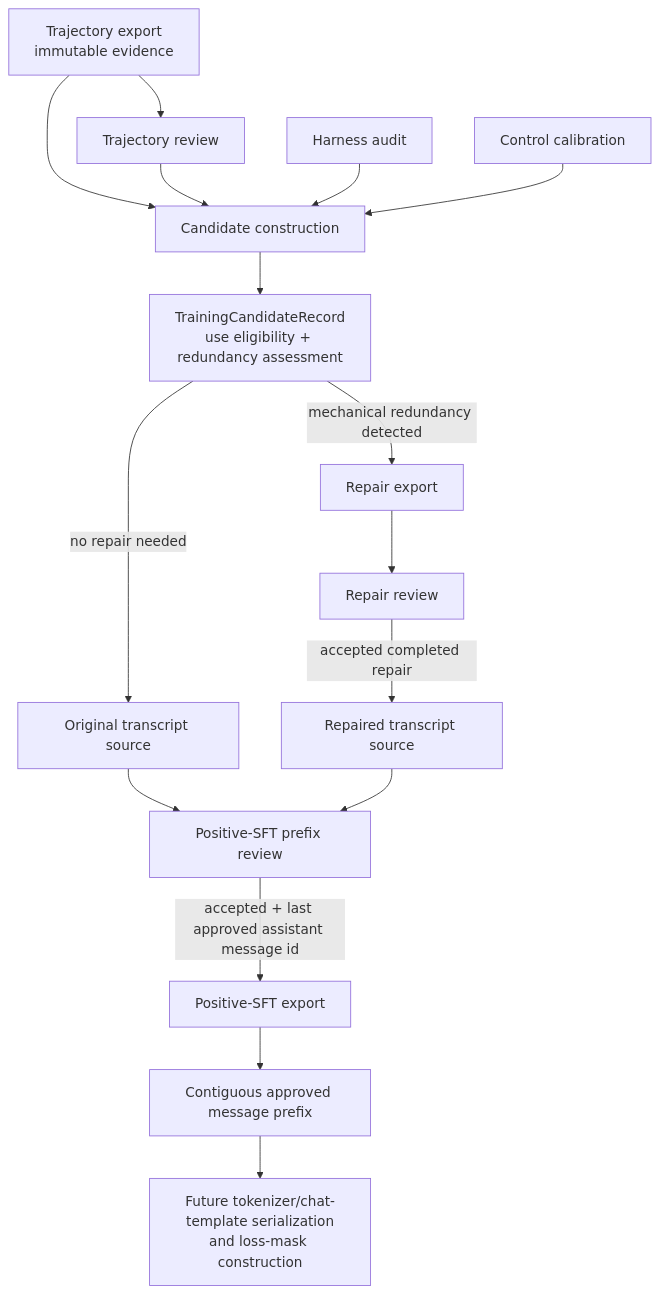
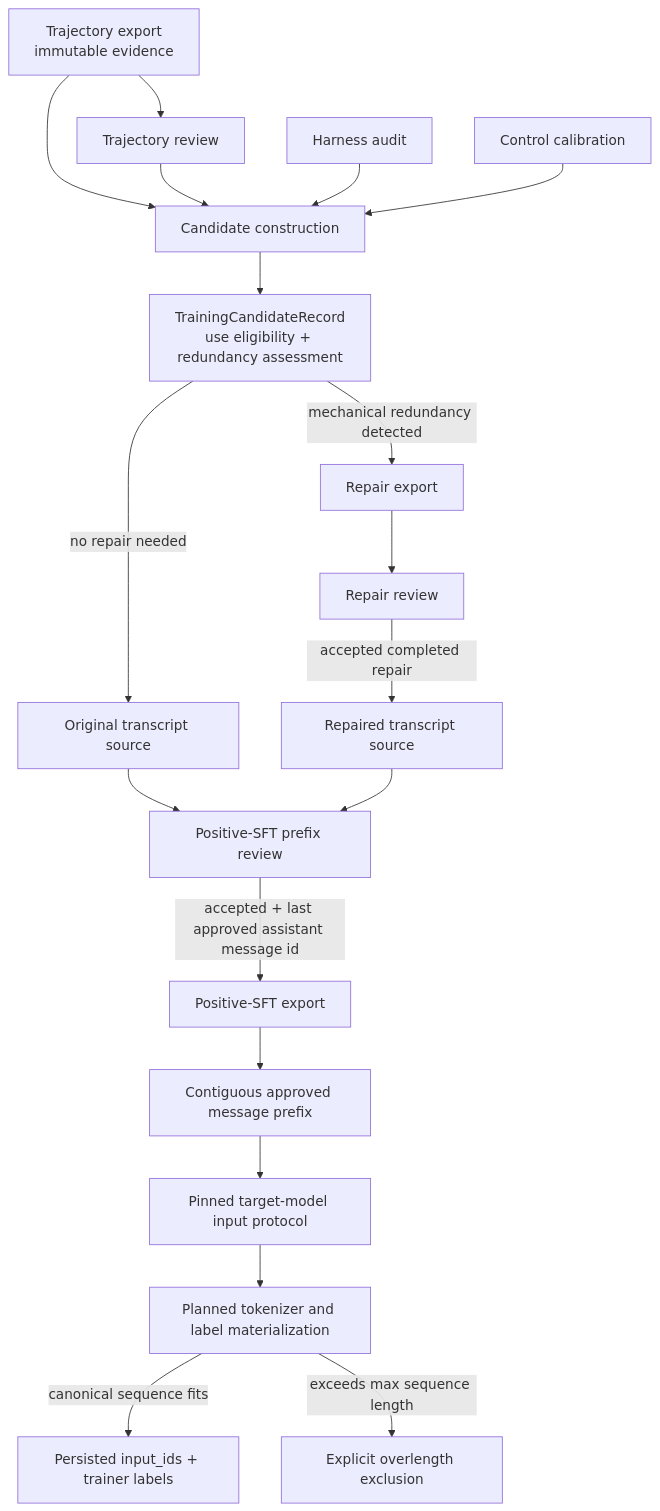
Before and after one commit to kshitijg92/agentenv-posttraining-lab: the diagram in src/agentenv/training/README.md, drawn with Mermaid. The commit also changed other lines of this file and 15 other files, not shown here.

Commit message:
add model input protocol

````diff
--- a/src/agentenv/training/README.md
+++ b/src/agentenv/training/README.md
@@ -29,20 +29,23 @@
 ```mermaid
 flowchart TD
     T[Trajectory export<br/>immutable evidence] --> TR[Trajectory review]
     T --> C
     TR --> C[Candidate construction]
     HA[Harness audit] --> C
     CC[Control calibration] --> C
 
     C --> TC[TrainingCandidateRecord<br/>use eligibility + redundancy assessment]
     TC -->|no repair needed| O[Original transcript source]
     TC -->|mechanical redundancy detected| RE[Repair export]
     RE --> RR[Repair review]
     RR -->|accepted completed repair| RP[Repaired transcript source]
 
     O --> SR[Positive-SFT prefix review]
     RP --> SR
     SR -->|accepted + last approved assistant message id| SE[Positive-SFT export]
     SE --> P[Contiguous approved message prefix]
-    P --> TS[Future tokenizer/chat-template serialization<br/>and loss-mask construction]
+    P --> IP[Pinned target-model input protocol]
+    IP --> TM[Planned tokenizer and label materialization]
+    TM -->|canonical sequence fits| TS[Persisted input_ids + trainer labels]
+    TM -->|exceeds max sequence length| OE[Explicit overlength exclusion]
 ```
````
